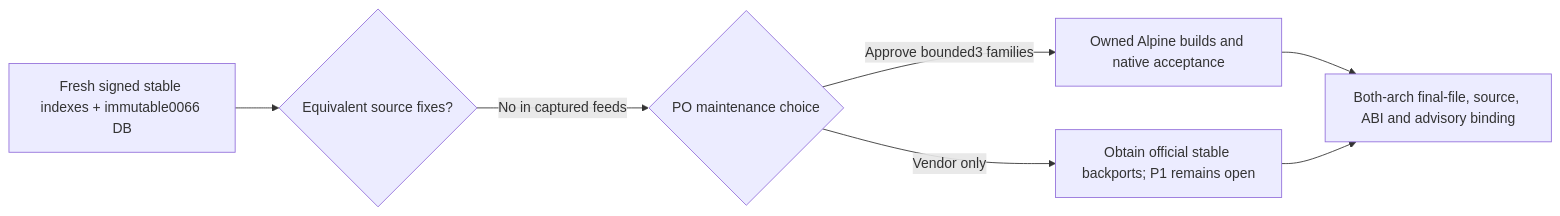
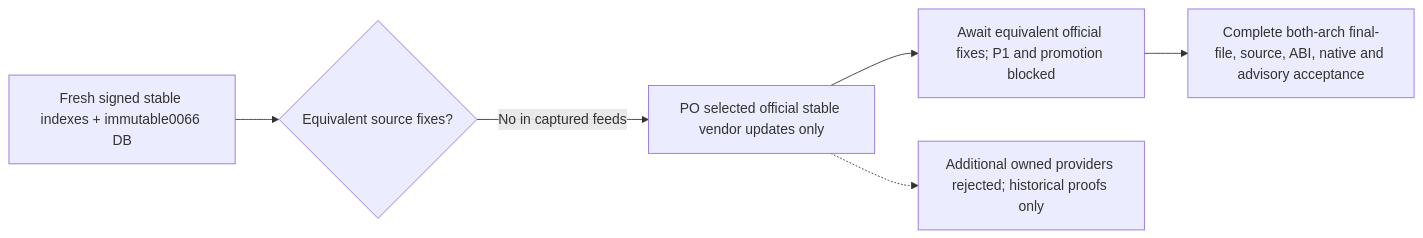
One commit to MotWakorb/enhancedchannelmanager changed the diagram in docs/design/stable-alpine-maintained-remedies.md. Above: the diagram before and after it, drawn with Mermaid. The commit also changed other lines of this file and 3 other files, not shown here.

Commit message:
docs(evy2p): record vendor-only PO decision and unresolved remedies

````diff
--- a/docs/design/stable-alpine-maintained-remedies.md
+++ b/docs/design/stable-alpine-maintained-remedies.md
@@ -33,9 +50,9 @@
 ```mermaid
 flowchart LR
   A[Fresh signed stable indexes + immutable0066 DB] --> B{Equivalent source fixes?}
-  B -->|No in captured feeds| C{PO maintenance choice}
-  C -->|Approve bounded3 families| D[Owned Alpine builds and native acceptance]
-  C -->|Vendor only| E[Obtain official stable backports; P1 remains open]
-  D --> F[Both-arch final-file, source, ABI and advisory binding]
+  B -->|No in captured feeds| C[PO selected official stable vendor updates only]
+  C --> E[Await equivalent official fixes; P1 and promotion blocked]
+  C -.-> D[Additional owned providers rejected; historical proofs only]
   E --> F
+  F[Complete both-arch final-file, source, ABI, native and advisory acceptance]
 ```
````
